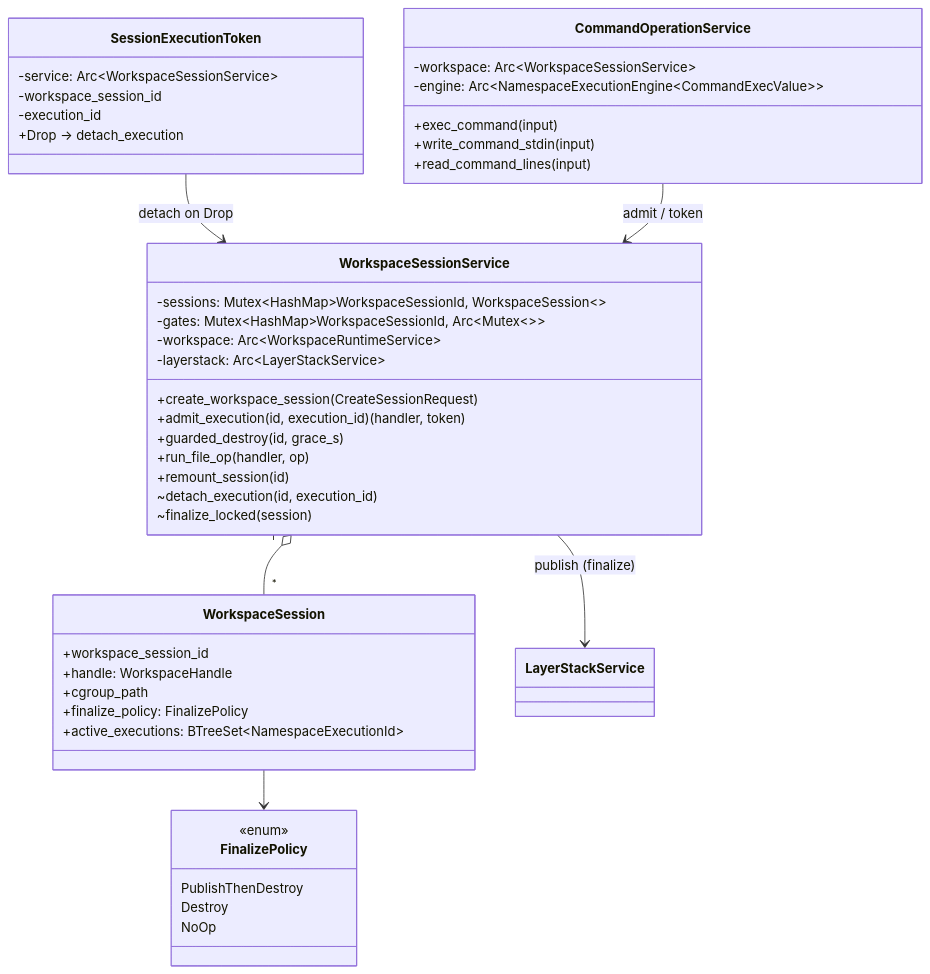
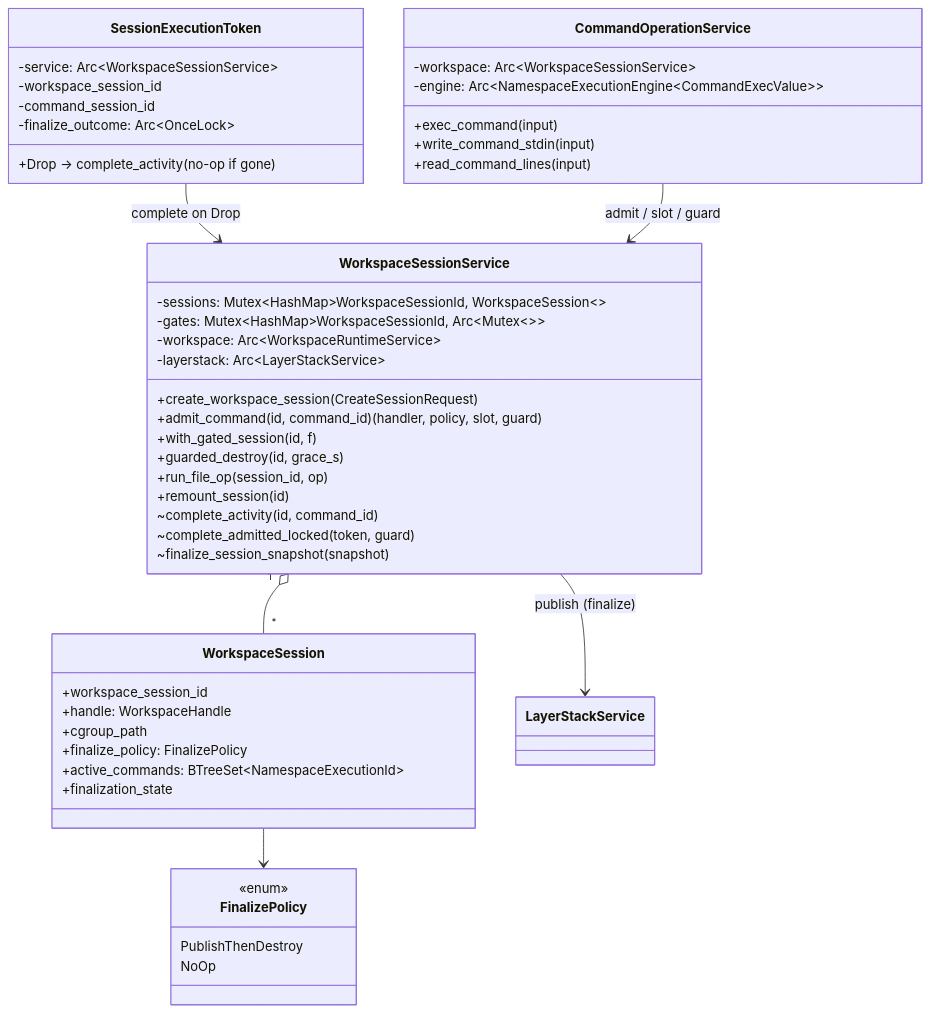
Before and after one commit to Ephemeral-AI-Lab/ephemeral-os: the fifth of 5 diagrams in docs/obsidian/ephemeral-os/implementation_plan/finalize-policy/spec.md, drawn with Mermaid. The commit also changed other lines of this file and 414 other files, not shown here.

````diff
--- a/docs/obsidian/ephemeral-os/implementation_plan/finalize-policy/spec.md
+++ b/docs/obsidian/ephemeral-os/implementation_plan/finalize-policy/spec.md
@@ -368,47 +578,50 @@
 ```mermaid
 classDiagram
     class WorkspaceSessionService {
         -sessions: Mutex~HashMap~WorkspaceSessionId, WorkspaceSession~~
         -gates: Mutex~HashMap~WorkspaceSessionId, Arc~Mutex~~~
         -workspace: Arc~WorkspaceRuntimeService~
         -layerstack: Arc~LayerStackService~
         +create_workspace_session(CreateSessionRequest)
-        +admit_execution(id, execution_id) (handler, token)
+        +admit_command(id, command_id) (handler, policy, slot, guard)
+        +with_gated_session(id, f)
         +guarded_destroy(id, grace_s)
-        +run_file_op(handler, op)
+        +run_file_op(session_id, op)
         +remount_session(id)
-        ~detach_execution(id, execution_id)
-        ~finalize_locked(session)
+        ~complete_activity(id, command_id)
+        ~complete_admitted_locked(token, guard)
+        ~finalize_session_snapshot(snapshot)
     }
     class WorkspaceSession {
         +workspace_session_id
         +handle: WorkspaceHandle
         +cgroup_path
         +finalize_policy: FinalizePolicy
-        +active_executions: BTreeSet~NamespaceExecutionId~
+        +active_commands: BTreeSet~NamespaceExecutionId~
+        +finalization_state
     }
     class SessionExecutionToken {
         -service: Arc~WorkspaceSessionService~
         -workspace_session_id
-        -execution_id
-        +Drop → detach_execution
+        -command_session_id
+        -finalize_outcome: Arc~OnceLock~
+        +Drop → complete_activity (no-op if gone)
     }
     class FinalizePolicy {
         <<enum>>
         PublishThenDestroy
-        Destroy
         NoOp
     }
     class CommandOperationService {
         -workspace: Arc~WorkspaceSessionService~
         -engine: Arc~NamespaceExecutionEngine~CommandExecValue~~
         +exec_command(input)
         +write_command_stdin(input)
         +read_command_lines(input)
     }
     WorkspaceSessionService "1" o-- "*" WorkspaceSession
     WorkspaceSession --> FinalizePolicy
-    SessionExecutionToken --> WorkspaceSessionService : detach on Drop
-    CommandOperationService --> WorkspaceSessionService : admit / token
+    SessionExecutionToken --> WorkspaceSessionService : complete on Drop
+    CommandOperationService --> WorkspaceSessionService : admit / slot / guard
     WorkspaceSessionService --> LayerStackService : publish (finalize)
 ```
````
